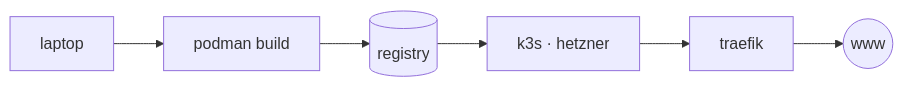
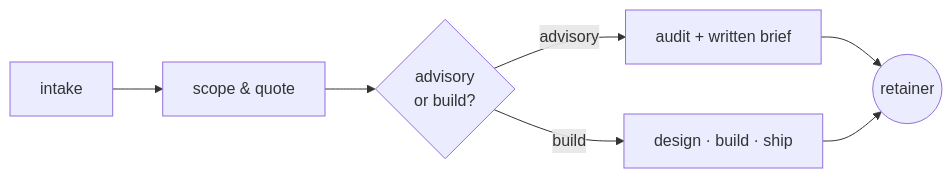
One commit to BKR-dev/BKR-dev changed the diagram in README.md. Above: the diagram before and after it, drawn with Mermaid. The commit also changed other lines of this file, not shown here.

Commit message:
Replace shipping diagram with consulting workflow

````diff
--- a/README.md
+++ b/README.md
@@ -29,8 +31,9 @@
 ```mermaid
 flowchart LR
-  dev[laptop] --> img[podman build]
-  img --> reg[(registry)]
-  reg --> k3s[k3s · hetzner]
-  k3s --> edge[traefik]
-  edge --> www((www))
+  a[intake] --> b[scope & quote]
+  b --> c{advisory<br/>or build?}
+  c -->|advisory| d[audit + written brief]
+  c -->|build| e[design · build · ship]
+  d --> f((retainer))
+  e --> f
 ```
````
